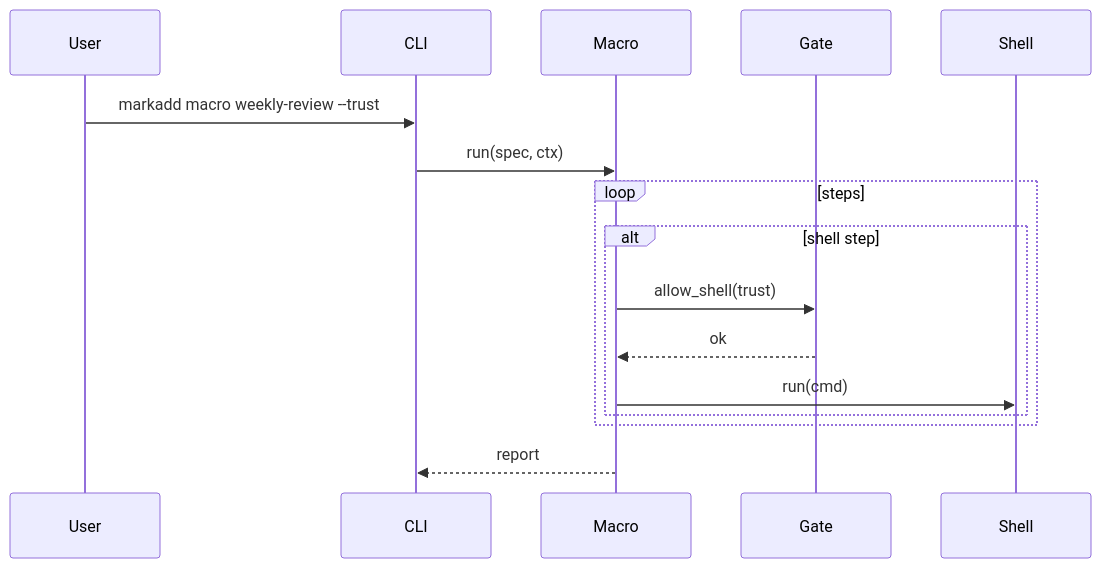
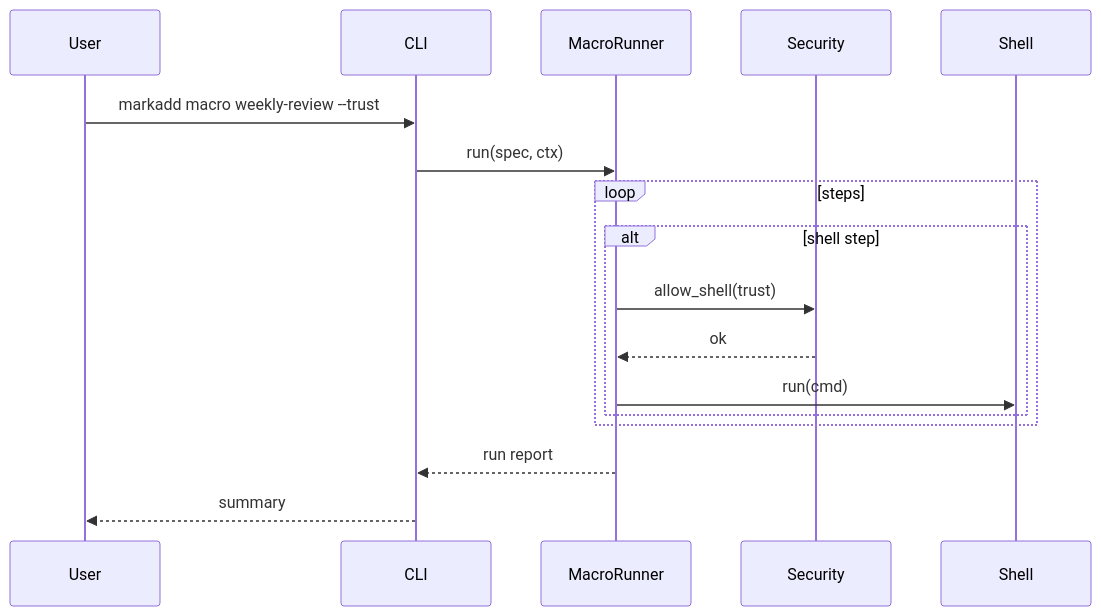
Diagram 16 of 22 in docs/01_development_plan.md (agustinvalencia/mdvault), drawn with Mermaid before and after one commit. The commit also changed other lines of this file and 2 other files, not shown here.

````diff
--- a/docs/01_development_plan.md
+++ b/docs/01_development_plan.md
@@ -429,19 +443,19 @@
 ```mermaid
 sequenceDiagram
   participant User
   participant CLI
-  participant Macro
-  participant Gate
+  participant Macro as MacroRunner
+  participant Gate as Security
   participant Shell
-
   User->>CLI: markadd macro weekly-review --trust
   CLI->>Macro: run(spec, ctx)
   loop steps
     alt shell step
       Macro->>Gate: allow_shell(trust)
       Gate-->>Macro: ok
       Macro->>Shell: run(cmd)
     end
   end
-  Macro-->>CLI: report
+  Macro-->>CLI: run report
+  CLI-->>User: summary
 ```
````
